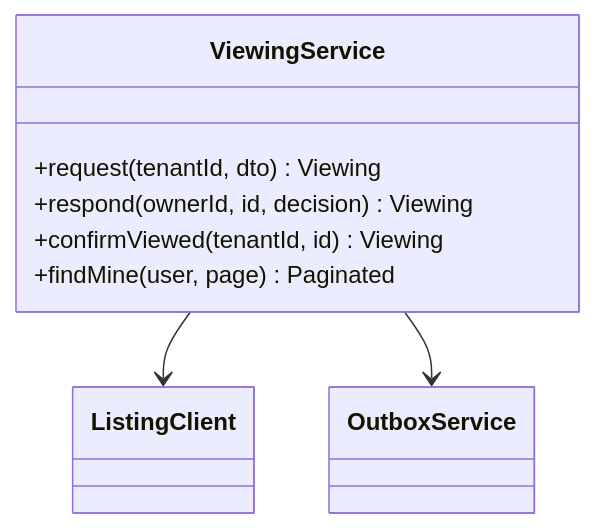
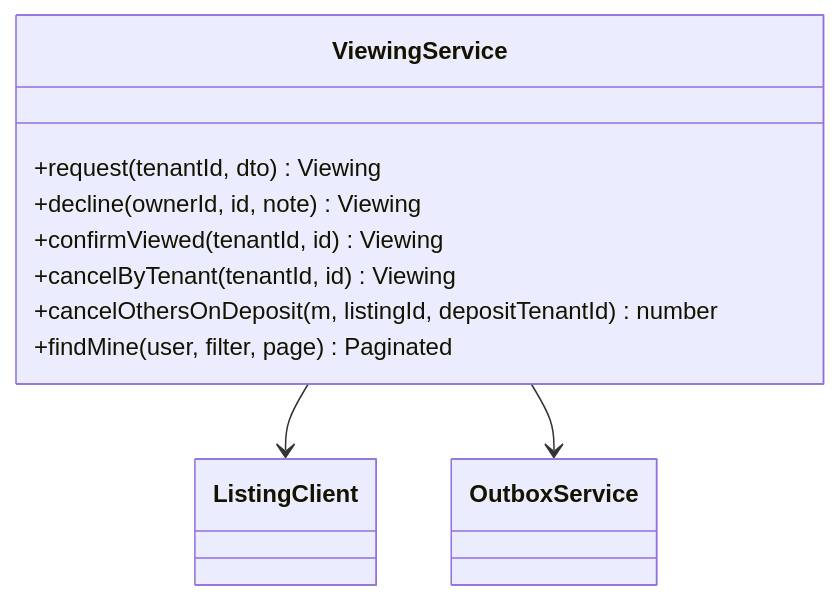
Before and after one commit to ITHoangLV/Realestate_Microservice: the diagram in project-knowledge/design/RENTAL/RE.VIEWING/Component_Class_Design.md, drawn with Mermaid. The commit also changed other lines of this file and 154 other files, not shown here.

````diff
--- a/project-knowledge/design/RENTAL/RE.VIEWING/Component_Class_Design.md
+++ b/project-knowledge/design/RENTAL/RE.VIEWING/Component_Class_Design.md
@@ -22,11 +22,13 @@
 ```mermaid
 classDiagram
     class ViewingService {
       +request(tenantId, dto) Viewing
-      +respond(ownerId, id, decision) Viewing
+      +decline(ownerId, id, note) Viewing
       +confirmViewed(tenantId, id) Viewing
-      +findMine(user, page) Paginated
+      +cancelByTenant(tenantId, id) Viewing
+      +cancelOthersOnDeposit(m, listingId, depositTenantId) number
+      +findMine(user, filter, page) Paginated
     }
     ViewingService --> ListingClient
     ViewingService --> OutboxService
 ```
````
